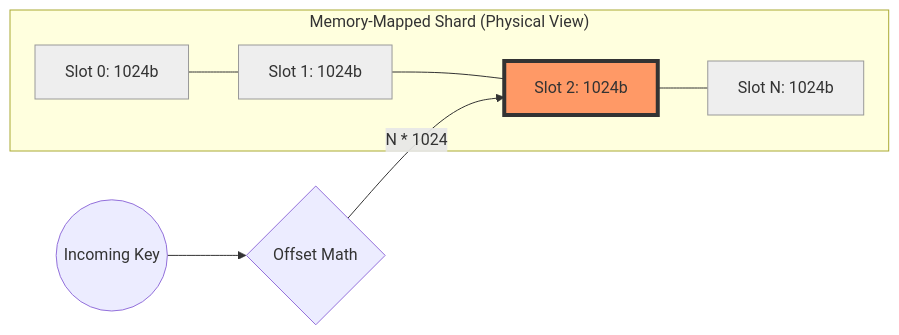
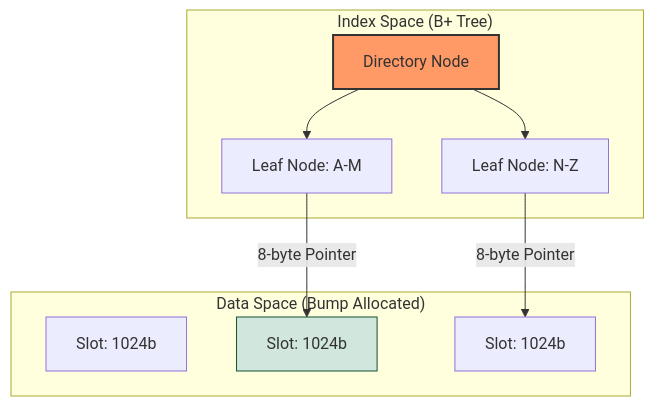
One commit to BlockmakerCompany/la-roca-micro-kv changed the first of 4 diagrams in ARCHITECTURE.md. Above: the diagram before and after it, drawn with Mermaid. The commit also changed other lines of this file and 4 other files, not shown here.

Commit message:
docs: update memory layout and architecture docs for B+ Tree

````diff
--- a/ARCHITECTURE.md
+++ b/ARCHITECTURE.md
@@ -20,14 +20,19 @@
 ```mermaid
-graph LR
-    subgraph "Memory-Mapped Shard (Physical View)"
-    S1[Slot 0: 1024b] --- S2[Slot 1: 1024b] --- S3[Slot 2: 1024b] --- S4[Slot N: 1024b]
+graph TD
+    subgraph "Index Space (B+ Tree)"
+    Root[Directory Node] --> L1[Leaf Node: A-M]
+    Root --> L2[Leaf Node: N-Z]
     end
     
-    Request((Incoming Key)) --> Hash{Offset Math}
-    Hash -->|N * 1024| S3
+    subgraph "Data Space (Bump Allocated)"
+    S1[Slot: 1024b] 
+    S2[Slot: 1024b]
+    S3[Slot: 1024b]
+    end
     
-    style S3 fill:#f96,stroke:#333,stroke-width:4px
-    style S1 fill:#eee,stroke:#999
-    style S2 fill:#eee,stroke:#999
-    style S4 fill:#eee,stroke:#999
+    L1 -->|8-byte Pointer| S2
+    L2 -->|8-byte Pointer| S3
+    
+    style Root fill:#f96,stroke:#333,stroke-width:2px
+    style S2 fill:#d1e7dd,stroke:#0f5132
 ```
````
